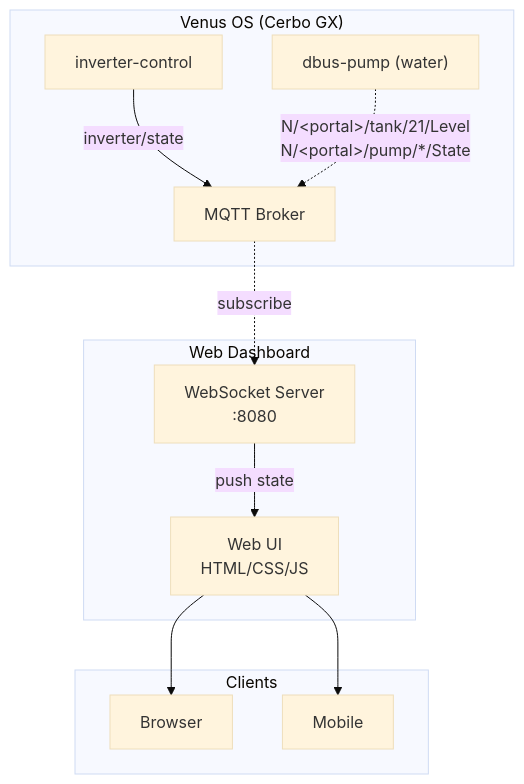
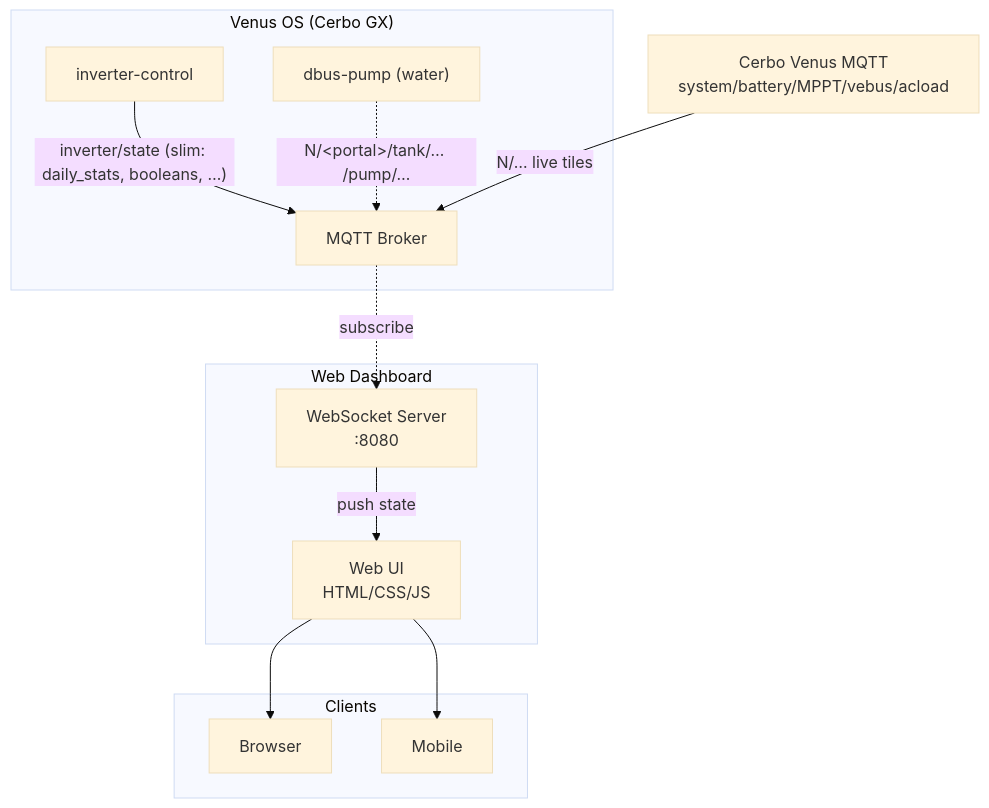
Before and after one commit to victron-venus/inverter-dashboard: the first of 2 diagrams in README.md, drawn with Mermaid (base theme). The commit also changed other lines of this file and 9 other files, not shown here.

Commit message:
fix: restore live telemetry from Cerbo MQTT after slim inverter/state (#153)

````diff
--- a/README.md
+++ b/README.md
@@ -34,24 +34,25 @@
 ```mermaid
 flowchart TD
     subgraph Venus["Venus OS (Cerbo GX)"]
         INV["inverter-control"]
         DP["dbus-pump (water)"]
         MQTT["MQTT Broker"]
     end
 
     subgraph Dashboard["Web Dashboard"]
         WS["WebSocket Server<br/>:8080"]
         UI["Web UI<br/>HTML/CSS/JS"]
     end
 
     subgraph Clients["Clients"]
         BROWSER["Browser"]
         MOBILE["Mobile"]
     end
 
-    INV -->|inverter/state| MQTT
-    DP -.->|"N/&lt;portal&gt;/tank/21/Level<br/>N/&lt;portal&gt;/pump/*/State"| MQTT
+    INV -->|"inverter/state (slim: daily_stats, booleans, …)"| MQTT
+    CERBO["Cerbo Venus MQTT<br/>system/battery/MPPT/vebus/acload"] -->|N/… live tiles| MQTT
+    DP -.->|"N/&lt;portal&gt;/tank/… /pump/…"| MQTT
     MQTT -.->|subscribe| WS
     WS -->|push state| UI
     UI --> BROWSER & MOBILE
 ```
````
